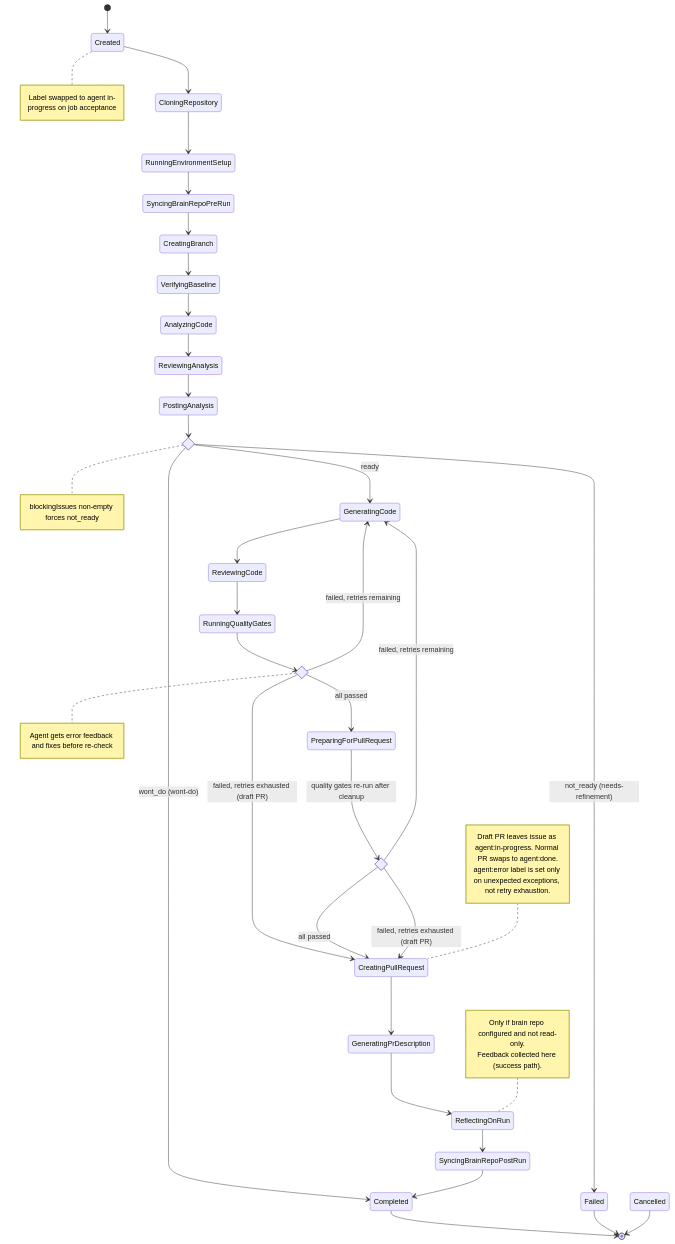
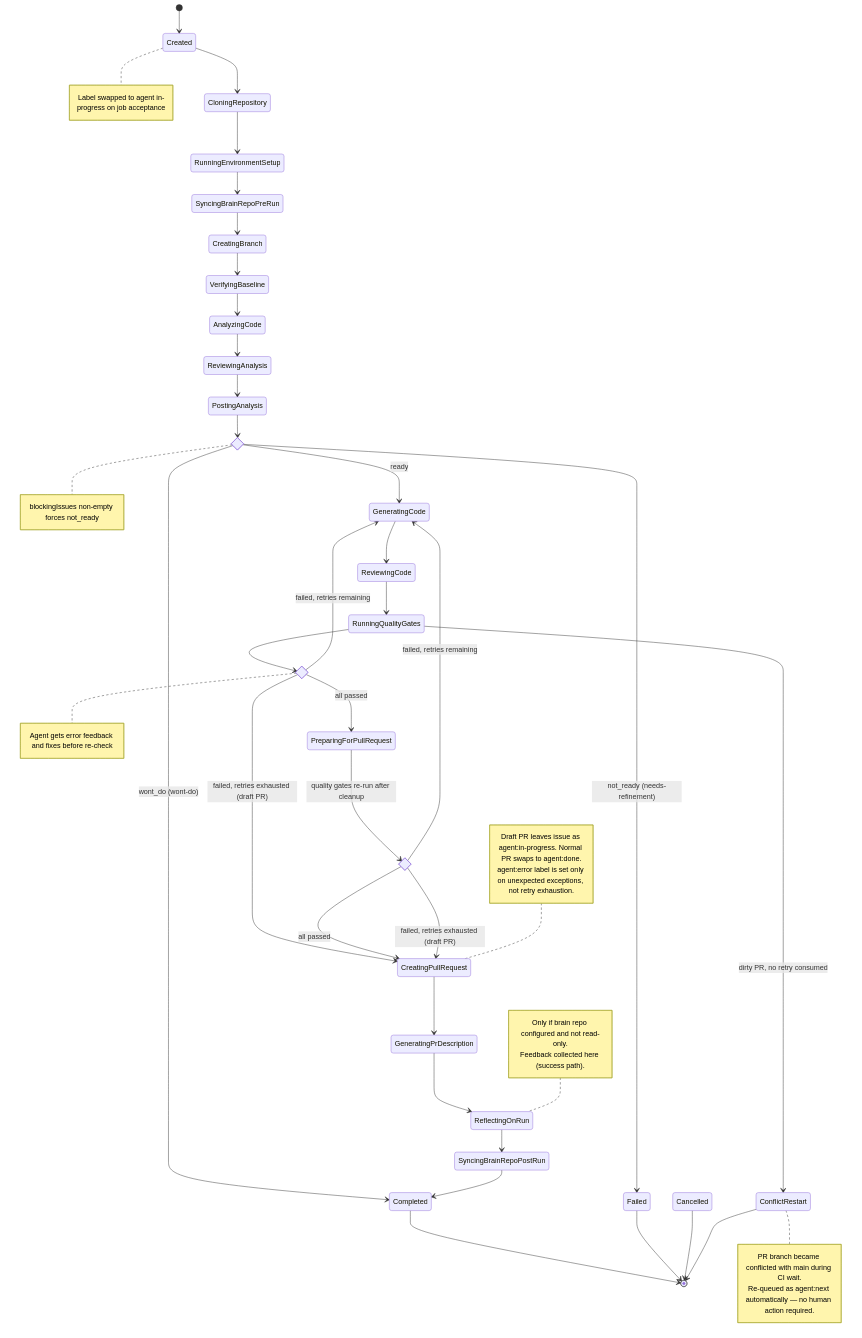
Before and after one commit to Chemsorly/coding-agent-automation: the first of 8 diagrams in docs/pipeline-orchestration.md, drawn with Mermaid. The commit also changed other lines of this file and 19 other files, not shown here.

First line of the commit message:
feat: PollCiWithNotStartedRetryAsync: PR merge conflicts block CI from starting — pipeline should restart from beginning instead of exhausting retry budget (#2359)

````diff
--- a/docs/pipeline-orchestration.md
+++ b/docs/pipeline-orchestration.md
@@ -49,61 +49,70 @@
 ```mermaid
 stateDiagram-v2
     direction TB
 
     [*] --> Created
     Created --> CloningRepository
     CloningRepository --> RunningEnvironmentSetup
     RunningEnvironmentSetup --> SyncingBrainRepoPreRun
     SyncingBrainRepoPreRun --> CreatingBranch
     CreatingBranch --> VerifyingBaseline
     VerifyingBaseline --> AnalyzingCode
     AnalyzingCode --> ReviewingAnalysis
     ReviewingAnalysis --> PostingAnalysis
 
     state ConfidenceGate <<choice>>
     PostingAnalysis --> ConfidenceGate
     ConfidenceGate --> GeneratingCode : ready
     ConfidenceGate --> Failed : not_ready (needs-refinement)
     ConfidenceGate --> Completed : wont_do (wont-do)
     GeneratingCode --> ReviewingCode
     ReviewingCode --> RunningQualityGates
 
     state QualityGateDecision <<choice>>
     RunningQualityGates --> QualityGateDecision
     QualityGateDecision --> PreparingForPullRequest : all passed
     QualityGateDecision --> GeneratingCode : failed, retries remaining
     QualityGateDecision --> CreatingPullRequest : failed, retries exhausted (draft PR)
+    RunningQualityGates --> ConflictRestart : dirty PR, no retry consumed
 
     state FinalQualityCheck <<choice>>
     PreparingForPullRequest --> FinalQualityCheck : quality gates re-run after cleanup
     FinalQualityCheck --> CreatingPullRequest : all passed
     FinalQualityCheck --> GeneratingCode : failed, retries remaining
     FinalQualityCheck --> CreatingPullRequest : failed, retries exhausted (draft PR)
 
     CreatingPullRequest --> GeneratingPrDescription
     GeneratingPrDescription --> ReflectingOnRun
     ReflectingOnRun --> SyncingBrainRepoPostRun
     SyncingBrainRepoPostRun --> Completed
 
     Completed --> [*]
     Failed --> [*]
     Cancelled --> [*]
+    ConflictRestart --> [*]
 
     note right of Created
         Label swapped to agent in-progress on job acceptance
     end note
     note right of ConfidenceGate
         blockingIssues non-empty forces not_ready
     end note
     note right of QualityGateDecision
         Agent gets error feedback and fixes before re-check
     end note
     note left of CreatingPullRequest
         Draft PR leaves issue as agent:in-progress. Normal PR swaps to agent:done.
         agent:error label is set only on unexpected exceptions, not retry exhaustion.
     end note
     note left of ReflectingOnRun
         Only if brain repo configured and not read-only.
         Feedback collected here (success path).
     end note
+    note right of ConflictRestart
+        PR branch became conflicted with main during CI wait.
+        Re-queued as agent:next automatically — no human action required.
+    end note
+
+## Pipeline Steps
+
 ```
````
